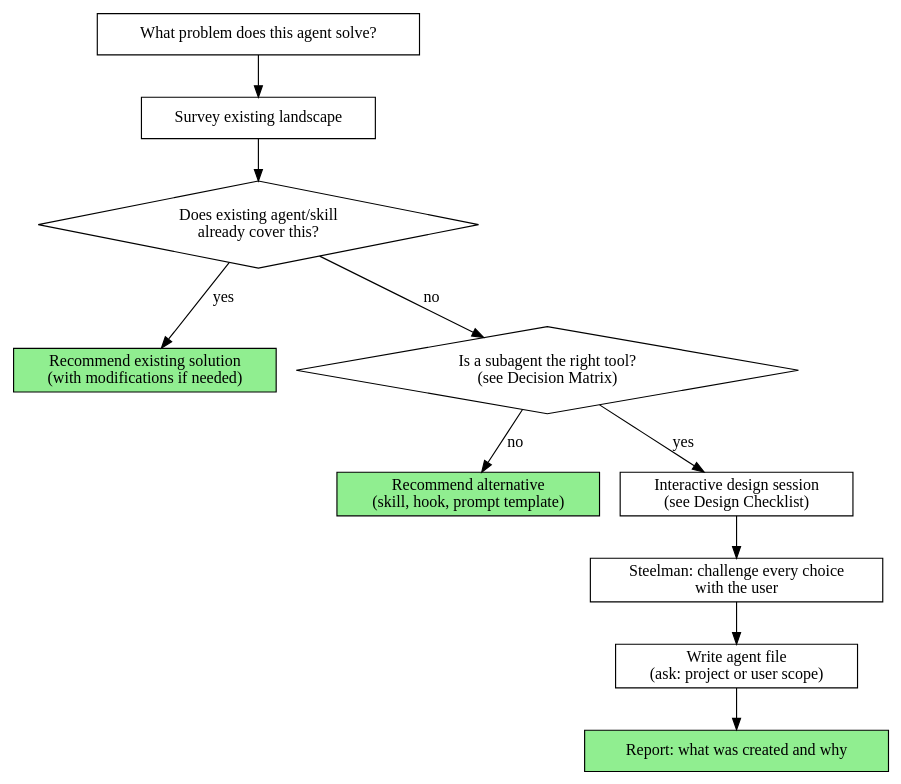
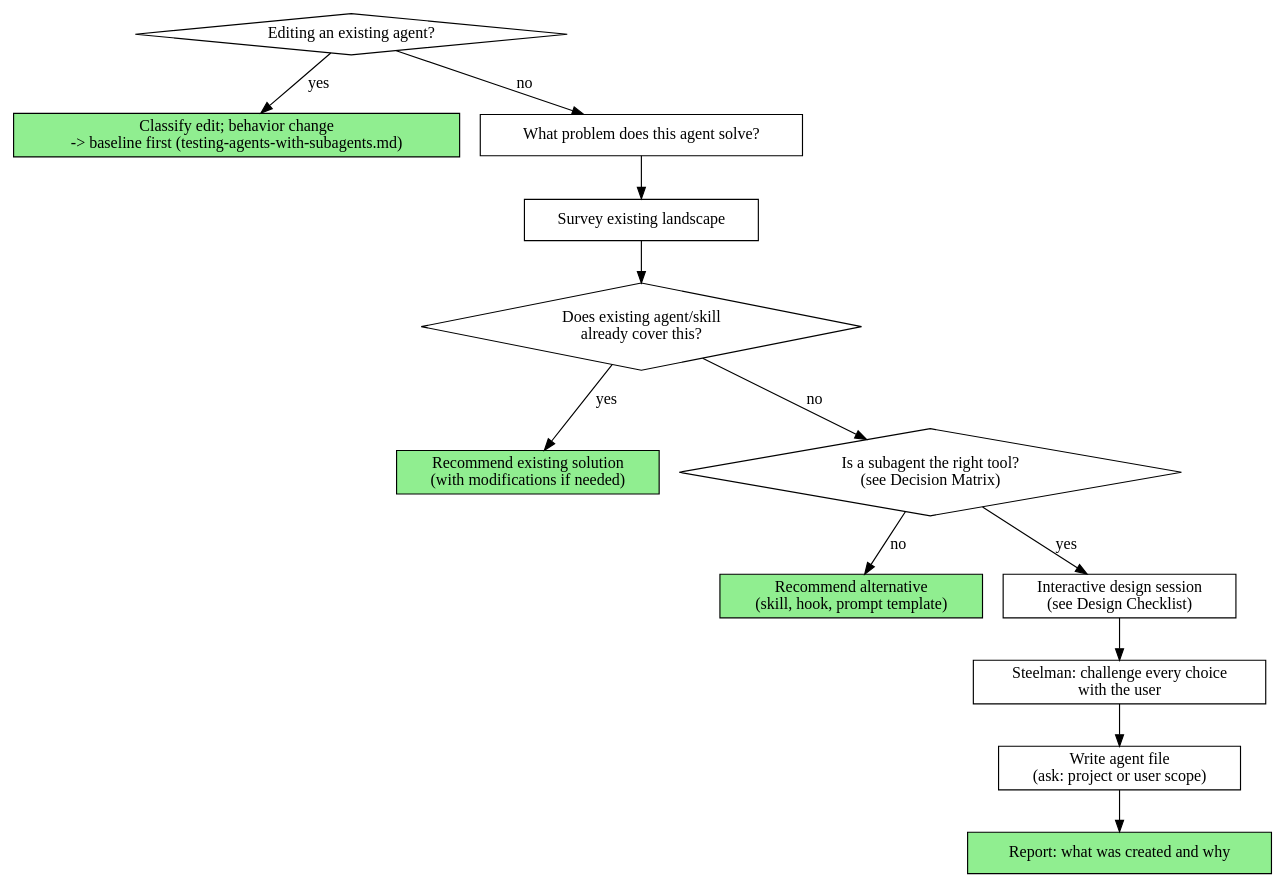
One commit to jwp23/joe-bag-of-tricks changed the diagram in plugins/joe-bag-of-tricks/skills/writing-agents/SKILL.md. Above: the diagram before and after it, drawn with Graphviz. The commit also changed other lines of this file and 7 other files, not shown here.

````diff
--- a/plugins/joe-bag-of-tricks/skills/writing-agents/SKILL.md
+++ b/plugins/joe-bag-of-tricks/skills/writing-agents/SKILL.md
@@ -15,26 +14,30 @@
 ```dot
 digraph writing_agents {
     rankdir=TB;
 
+    "Editing an existing agent?" [shape=diamond];
+    "Classify edit; behavior change\n-> baseline first (testing-agents-with-subagents.md)" [shape=box style=filled fillcolor=lightgreen];
     "What problem does this agent solve?" [shape=box];
     "Survey existing landscape" [shape=box];
     "Does existing agent/skill\nalready cover this?" [shape=diamond];
     "Recommend existing solution\n(with modifications if needed)" [shape=box style=filled fillcolor=lightgreen];
     "Is a subagent the right tool?\n(see Decision Matrix)" [shape=diamond];
     "Recommend alternative\n(skill, hook, prompt template)" [shape=box style=filled fillcolor=lightgreen];
     "Interactive design session\n(see Design Checklist)" [shape=box];
     "Steelman: challenge every choice\nwith the user" [shape=box];
     "Write agent file\n(ask: project or user scope)" [shape=box];
     "Report: what was created and why" [shape=box style=filled fillcolor=lightgreen];
 
+    "Editing an existing agent?" -> "Classify edit; behavior change\n-> baseline first (testing-agents-with-subagents.md)" [label="yes"];
+    "Editing an existing agent?" -> "What problem does this agent solve?" [label="no"];
     "What problem does this agent solve?" -> "Survey existing landscape";
     "Survey existing landscape" -> "Does existing agent/skill\nalready cover this?";
     "Does existing agent/skill\nalready cover this?" -> "Recommend existing solution\n(with modifications if needed)" [label="yes"];
     "Does existing agent/skill\nalready cover this?" -> "Is a subagent the right tool?\n(see Decision Matrix)" [label="no"];
     "Is a subagent the right tool?\n(see Decision Matrix)" -> "Recommend alternative\n(skill, hook, prompt template)" [label="no"];
     "Is a subagent the right tool?\n(see Decision Matrix)" -> "Interactive design session\n(see Design Checklist)" [label="yes"];
     "Interactive design session\n(see Design Checklist)" -> "Steelman: challenge every choice\nwith the user";
     "Steelman: challenge every choice\nwith the user" -> "Write agent file\n(ask: project or user scope)";
     "Write agent file\n(ask: project or user scope)" -> "Report: what was created and why";
 }
 ```
````
